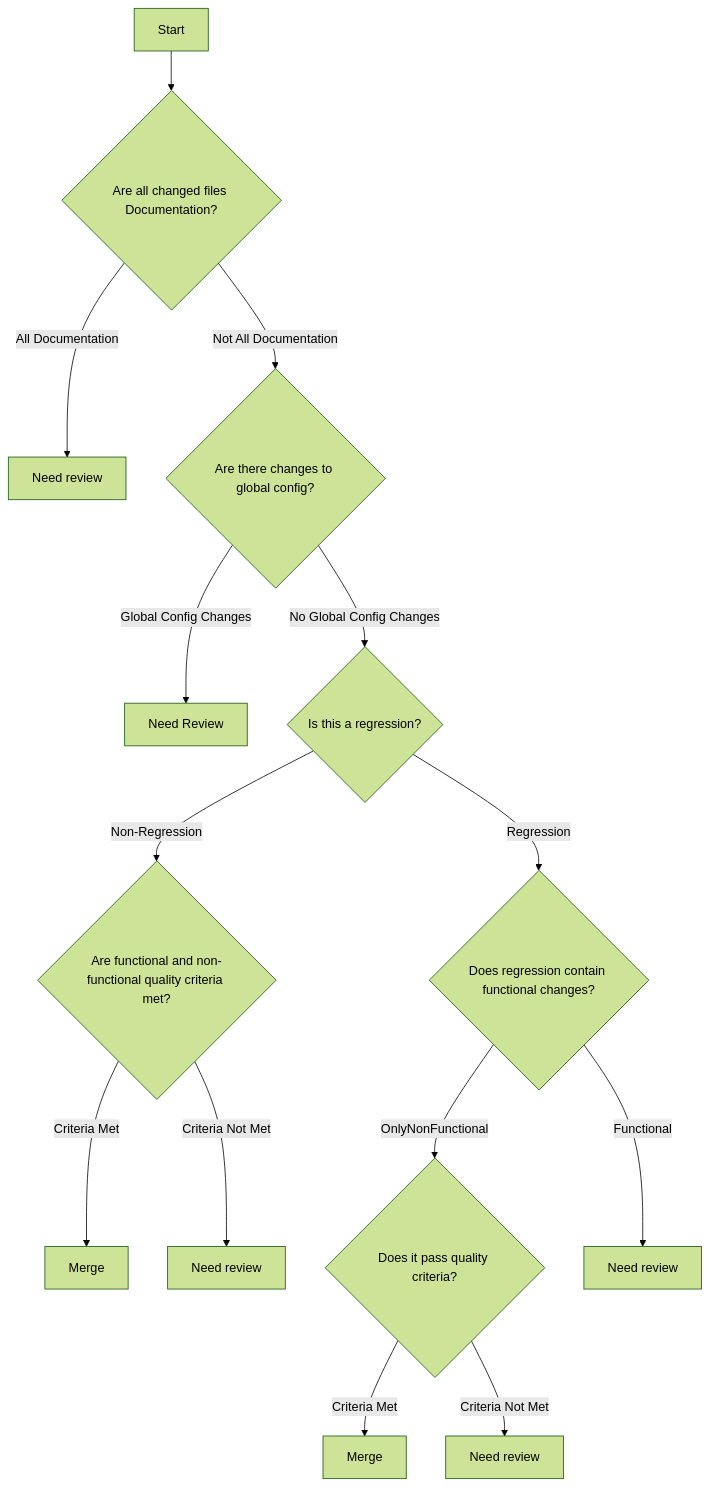
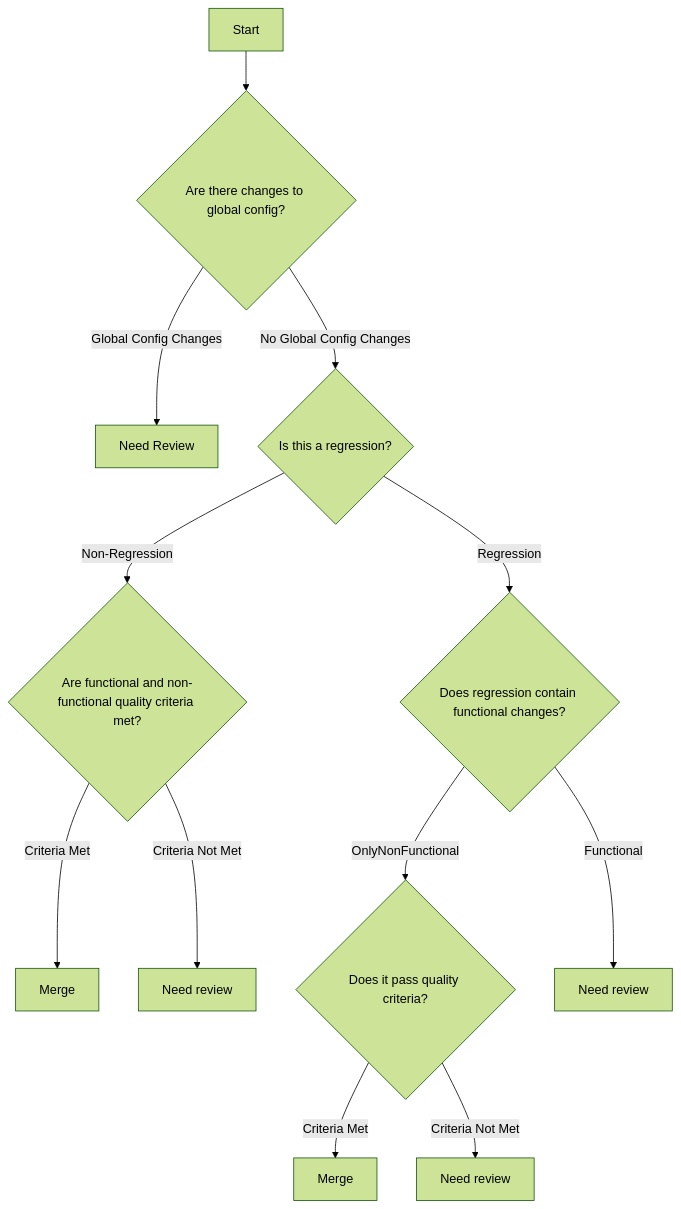
The diagram in skills/classify-pr/SKILL.md (erudlang/agent-skills), drawn with Mermaid (forest theme) before and after one commit. The commit also changed other lines of this file, not shown here.

````diff
--- a/skills/classify-pr/SKILL.md
+++ b/skills/classify-pr/SKILL.md
@@ -37,16 +37,14 @@
 ```mermaid
 graph TD
-    A[Start] --> G{Are all changed files Documentation?}
-    G -->|All Documentation| G1[Need review]
-    G -->|Not All Documentation| B{Are there changes to global config?}
+    A[Start] --> B{Are there changes to global config?}
     B -->|Global Config Changes| B1[Need Review]
     B -->|No Global Config Changes| C{Is this a regression?}
     C -->|Non-Regression| D{Are functional and non-functional quality criteria met?}
     D -->|Criteria Met| D1[Merge]
     D -->|Criteria Not Met| D2[Need review]
     C -->|Regression| E{Does regression contain functional changes?}
     E -->|OnlyNonFunctional| F{Does it pass quality criteria?}
     F -->|Criteria Met| F1[Merge]
     F -->|Criteria Not Met| F2[Need review]
     E -->|Functional| V[Need review]
 ```
````
